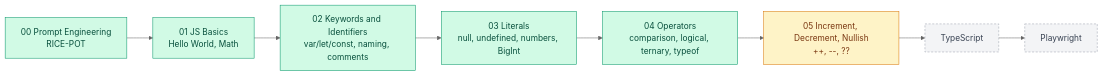
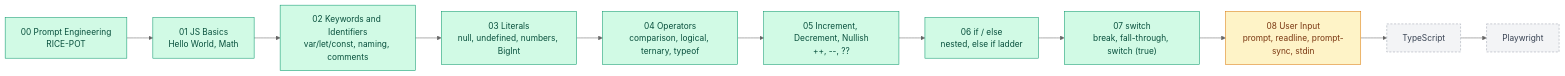
Before and after one commit to NikhilBhalekari/JS-TS-Playwright: the first of 42 diagrams in README.md, drawn with Mermaid (neutral theme). The commit also changed other lines of this file and 22 other files, not shown here.

First line of the commit message:
feat: add chapters 06-08 (if/else, switch, input)

````diff
--- a/README.md
+++ b/README.md
@@ -59,14 +75,17 @@
 ```mermaid
 flowchart LR
     C0["00 Prompt Engineering<br/>RICE-POT"]:::done --> C1["01 JS Basics<br/>Hello World, Math"]:::done
     C1 --> C2["02 Keywords and Identifiers<br/>var/let/const, naming, comments"]:::done
     C2 --> C3["03 Literals<br/>null, undefined, numbers, BigInt"]:::done
     C3 --> C4["04 Operators<br/>comparison, logical, ternary, typeof"]:::done
-    C4 --> C5["05 Increment, Decrement, Nullish<br/>++, --, ??"]:::progress
-    C5 --> TS["TypeScript"]:::planned
+    C4 --> C5["05 Increment, Decrement, Nullish<br/>++, --, ??"]:::done
+    C5 --> C6["06 if / else<br/>nested, else if ladder"]:::done
+    C6 --> C7["07 switch<br/>break, fall-through, switch (true)"]:::done
+    C7 --> C8["08 User Input<br/>prompt, readline, prompt-sync, stdin"]:::progress
+    C8 --> TS["TypeScript"]:::planned
     TS --> PW["Playwright"]:::planned
 
     classDef done fill:#d1fae5,stroke:#059669,color:#064e3b
     classDef progress fill:#fef3c7,stroke:#d97706,color:#78350f
     classDef planned fill:#f3f4f6,stroke:#9ca3af,color:#374151,stroke-dasharray: 4 3
 ```
````
